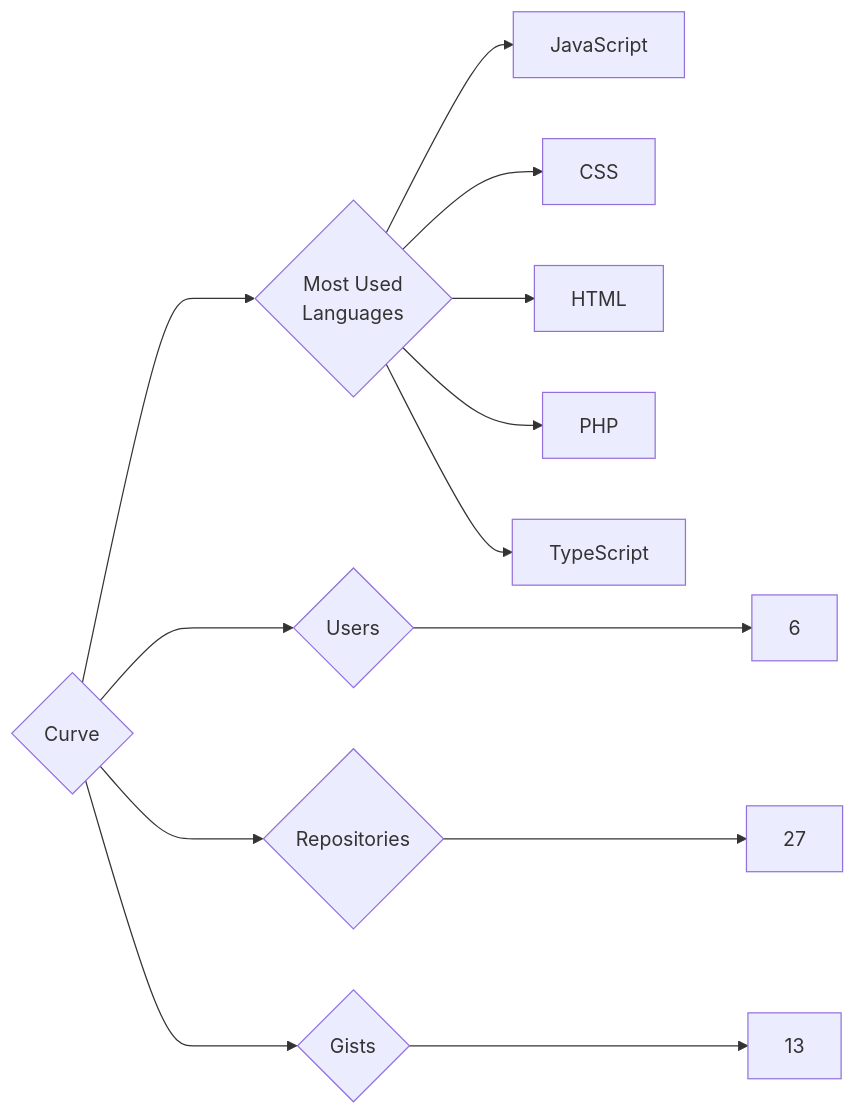
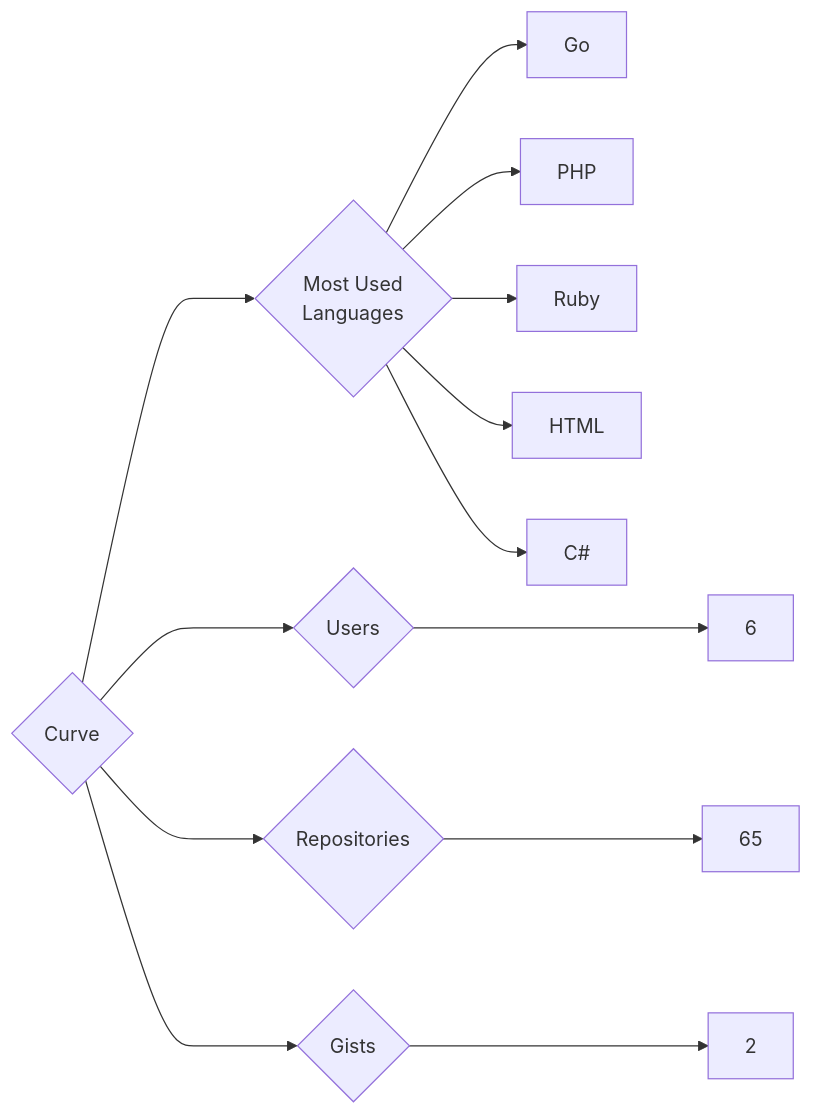
One commit to trickest/insiders changed the diagram in targets/Curve/README.md. Above: the diagram before and after it, drawn with Mermaid. The commit also changed 1141 other files, not shown here.

````diff
--- a/targets/Curve/README.md
+++ b/targets/Curve/README.md
@@ -3,13 +3,13 @@
 ```mermaid
 graph LR
 COMPANY_NAME{Curve}
 COMPANY_NAME ---> U{Users} ---> UN[6]
-COMPANY_NAME ---> R{Repositories} ---> RN[27]
-COMPANY_NAME ---> G{Gists} ---> GN[13]
+COMPANY_NAME ---> R{Repositories} ---> RN[65]
+COMPANY_NAME ---> G{Gists} ---> GN[2]
 COMPANY_NAME ---> ML{Most Used<br>Languages}
-ML --> JavaScript[JavaScript]
-ML --> CSS[CSS]
+ML --> Go[Go]
+ML --> PHP[PHP]
+ML --> Ruby[Ruby]
 ML --> HTML[HTML]
-ML --> PHP[PHP]
-ML --> TypeScript[TypeScript]
+ML --> C#[C#]
 ```
````
